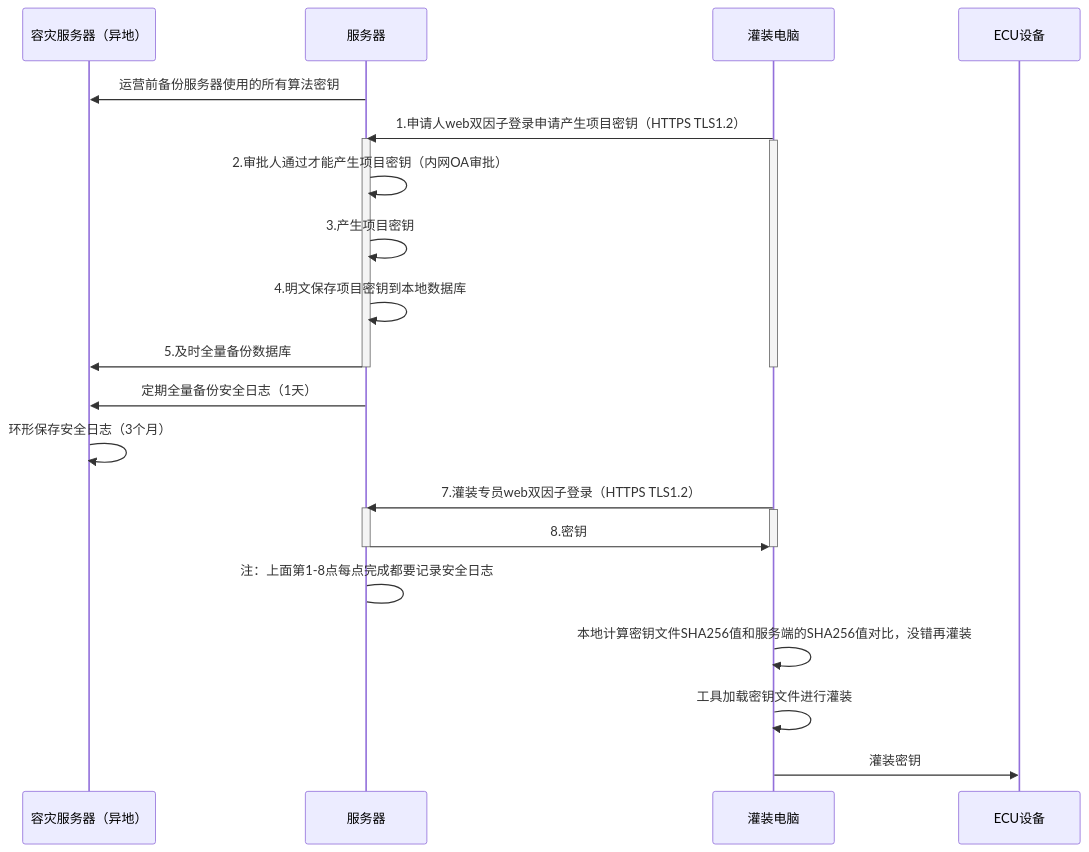
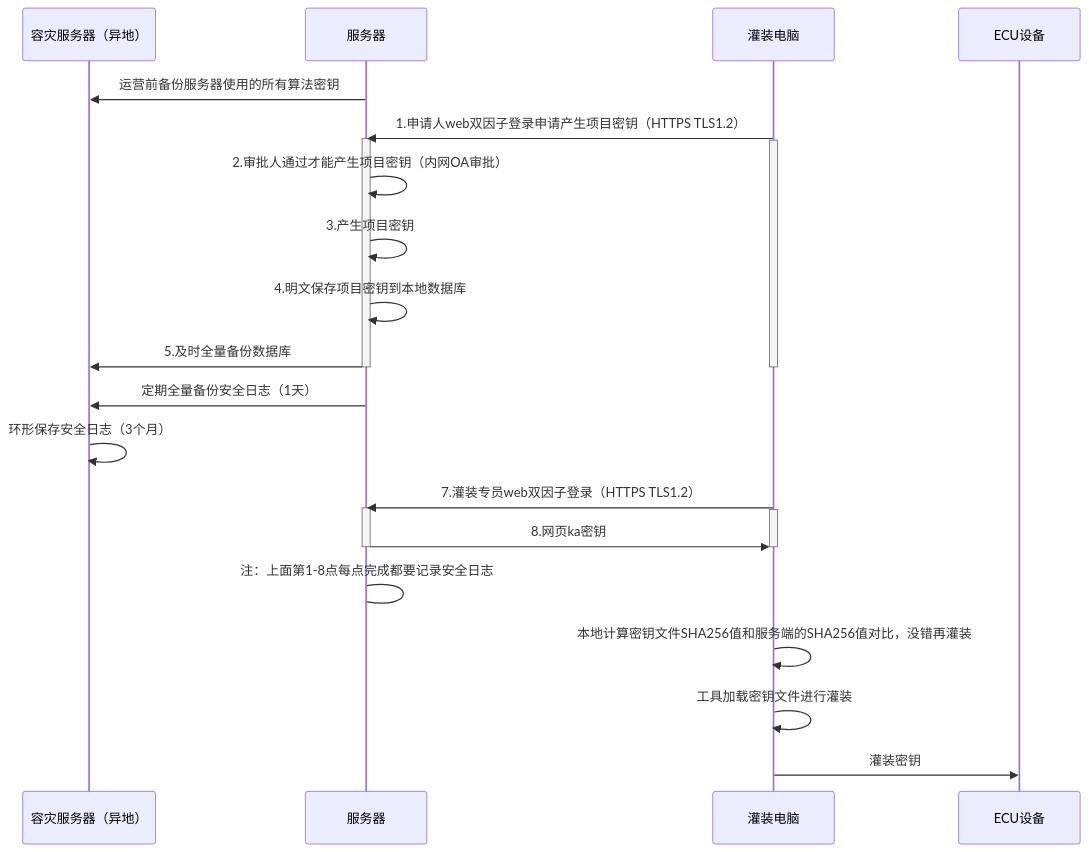
Before and after one commit to facebook-cloud/iodraw-files: the diagram in all/未命名-20.md, drawn with Mermaid.

Commit message:
2026-03-28 09:27:31 update

````diff
--- a/all/未命名-20.md
+++ b/all/未命名-20.md
@@ -1,35 +1,35 @@
 ```mermaid
 sequenceDiagram
     participant A as 容灾服务器（异地）
     participant B as 服务器
     participant D as 灌装电脑
     participant E as ECU设备
 
     B->>A: 运营前备份服务器使用的所有算法密钥
     D->>B: 1.申请人web双因子登录申请产生项目密钥（HTTPS TLS1.2）
     activate B
     activate D
     B->>B: 2.审批人通过才能产生项目密钥（内网OA审批）
     B->>B: 3.产生项目密钥
     B->>B: 4.明文保存项目密钥到本地数据库
     B->>A: 5.及时全量备份数据库
 
     deactivate B
     deactivate D
 
     B->>A: 定期全量备份安全日志（1天）
     A->>A: 环形保存安全日志（3个月）
     
     D->>B: 7.灌装专员web双因子登录（HTTPS TLS1.2）
     activate B
     activate D
-    B->>D: 8.密钥
+    B->>D: 8.网页ka密钥
     deactivate B
     deactivate D
     B->B: 注：上面第1-8点每点完成都要记录安全日志
 
     D->>D:本地计算密钥文件SHA256值和服务端的SHA256值对比，没错再灌装
     D->>D:工具加载密钥文件进行灌装
     
     D->>E: 灌装密钥
 ```
````
